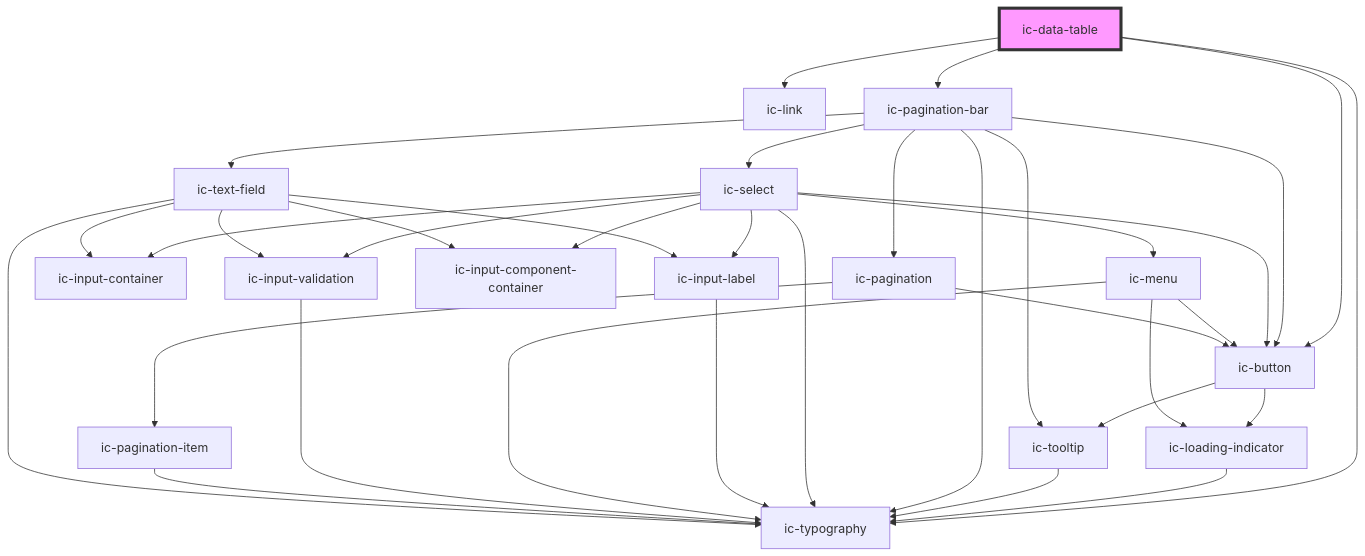
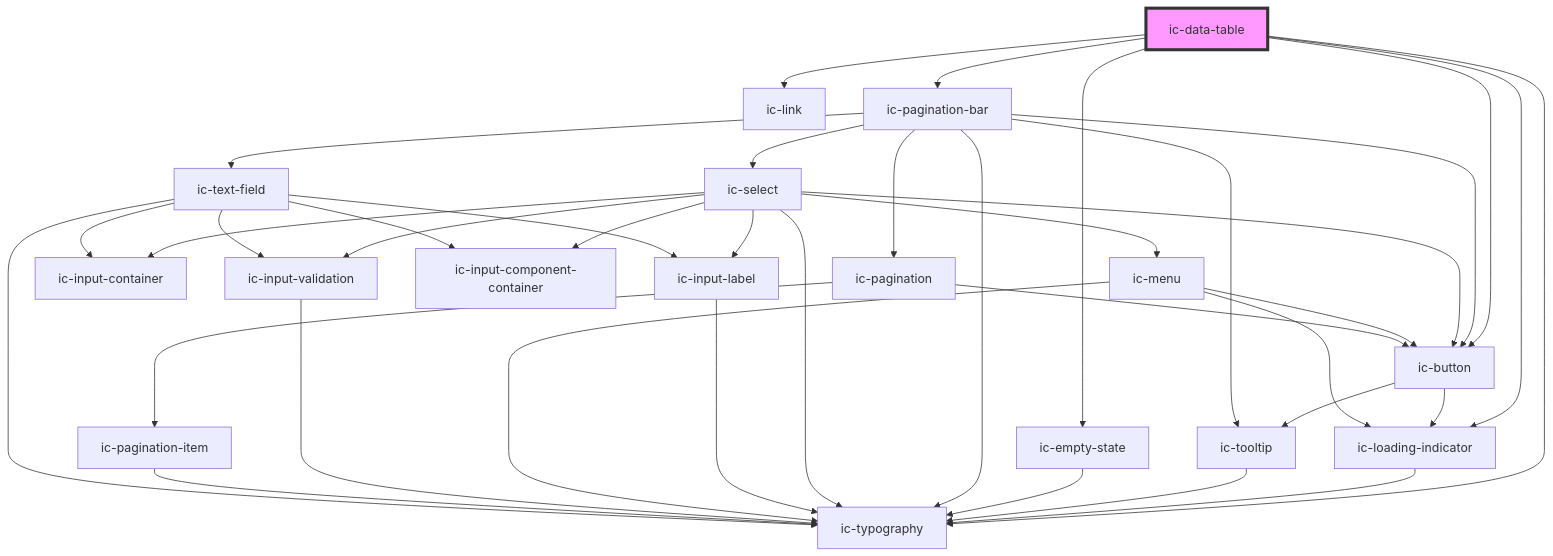
The diagram in packages/web-components/src/components/ic-data-table/readme.md (mi6/ic-ui-kit), drawn with Mermaid before and after one commit. The commit also changed other lines of this file and 15 other files, not shown here.

First line of the commit message:
feat(web-components): added loading states to data table

````diff
--- a/packages/web-components/src/components/ic-data-table/readme.md
+++ b/packages/web-components/src/components/ic-data-table/readme.md
@@ -36,38 +42,41 @@
 ```mermaid
 graph TD;
+  ic-data-table --> ic-loading-indicator
   ic-data-table --> ic-typography
   ic-data-table --> ic-link
   ic-data-table --> ic-button
+  ic-data-table --> ic-empty-state
   ic-data-table --> ic-pagination-bar
+  ic-loading-indicator --> ic-typography
   ic-button --> ic-loading-indicator
   ic-button --> ic-tooltip
-  ic-loading-indicator --> ic-typography
   ic-tooltip --> ic-typography
+  ic-empty-state --> ic-typography
   ic-pagination-bar --> ic-typography
   ic-pagination-bar --> ic-select
   ic-pagination-bar --> ic-pagination
   ic-pagination-bar --> ic-tooltip
   ic-pagination-bar --> ic-text-field
   ic-pagination-bar --> ic-button
   ic-select --> ic-input-container
   ic-select --> ic-input-label
   ic-select --> ic-input-component-container
   ic-select --> ic-typography
   ic-select --> ic-button
   ic-select --> ic-menu
   ic-select --> ic-input-validation
   ic-input-label --> ic-typography
   ic-menu --> ic-loading-indicator
   ic-menu --> ic-typography
   ic-menu --> ic-button
   ic-input-validation --> ic-typography
   ic-pagination --> ic-button
   ic-pagination --> ic-pagination-item
   ic-pagination-item --> ic-typography
   ic-text-field --> ic-input-container
   ic-text-field --> ic-input-label
   ic-text-field --> ic-input-component-container
   ic-text-field --> ic-input-validation
   ic-text-field --> ic-typography
   style ic-data-table fill:#f9f,stroke:#333,stroke-width:4px
 ```
````
